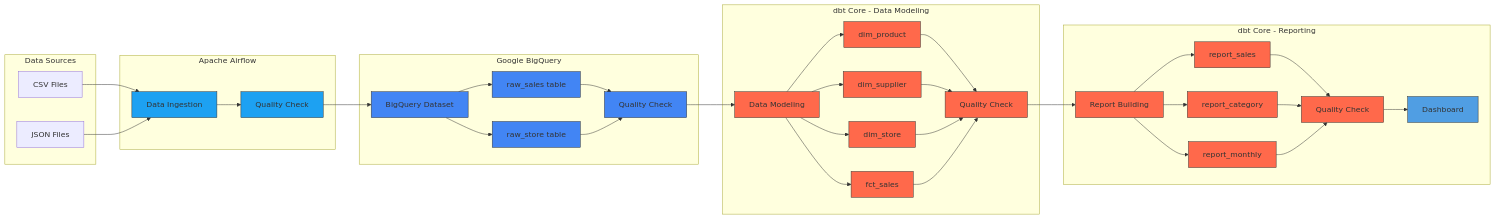
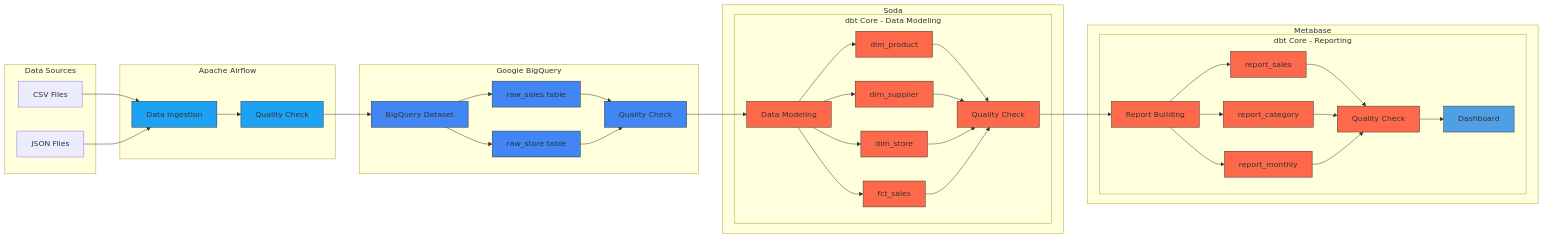
The diagram in README.md (Debyvypth1862/retail_analytics_data_project), drawn with Mermaid before and after one commit.

Commit message:
Adjust README

````diff
--- a/README.md
+++ b/README.md
@@ -9,71 +9,75 @@
 ```mermaid
 flowchart LR
     subgraph "Data Sources"
         CSV["CSV Files"]
         JSON["JSON Files"]
     end
 
     subgraph "Apache Airflow"
         Ingest["Data Ingestion"]
         QC1["Quality Check"]
     end
 
     subgraph "Google BigQuery"
         Dataset["BigQuery Dataset"]
         Raw1["raw_sales table"]
         Raw2["raw_store table"]
         QC2["Quality Check"]
     end
 
-    subgraph "dbt Core - Data Modeling"
-        DimP["dim_product"]
-        DimSu["dim_supplier"]
-        DimSt["dim_store"]
-        Fact["fct_sales"]
-        DataModel["Data Modeling"]
-        QC3["Quality Check"]
+    subgraph "Soda"
+      subgraph "dbt Core - Data Modeling"
+          DimP["dim_product"]
+          DimSu["dim_supplier"]
+          DimSt["dim_store"]
+          Fact["fct_sales"]
+          DataModel["Data Modeling"]
+          QC3["Quality Check"]
+      end
     end
 
-    subgraph "dbt Core - Reporting"
-        RepS["report_sales"]
-        RepC["report_category"]
-        RepM["report_monthly"]
-        ReportBuild["Report Building"]
-        QC4["Quality Check"]
-        Dashboard["Dashboard"]
+    subgraph "Metabase"
+      subgraph "dbt Core - Reporting"
+          RepS["report_sales"]
+          RepC["report_category"]
+          RepM["report_monthly"]
+          ReportBuild["Report Building"]
+          QC4["Quality Check"]
+          Dashboard["Dashboard"]
+      end
     end
 
     CSV --> Ingest
     JSON --> Ingest
     Ingest --> QC1
     QC1 --> Dataset
 
     Dataset --> Raw1
     Dataset --> Raw2
     Raw1 --> QC2
     Raw2 --> QC2
 
     QC2 --> DataModel
     DataModel --> DimP
     DataModel --> DimSu
     DataModel --> DimSt
     DataModel --> Fact
     DimP & DimSu & DimSt & Fact --> QC3
 
     QC3 --> ReportBuild
     ReportBuild --> RepS
     ReportBuild --> RepC
     ReportBuild --> RepM
     RepS & RepC & RepM --> QC4
     QC4 --> Dashboard
 
     classDef airflow fill:#1DA1F2,stroke:#333,stroke-width:1px;
     classDef bigquery fill:#4285F4,stroke:#333,stroke-width:1px;
     classDef dbt fill:#FF694B,stroke:#333,stroke-width:1px;
     classDef metabase fill:#509EE3,stroke:#333,stroke-width:1px;
 
     class Ingest,QC1 airflow;
     class Dataset,Raw1,Raw2,QC2 bigquery;
     class DimP,DimSu,DimSt,Fact,DataModel,QC3,RepS,RepC,RepM,ReportBuild,QC4 dbt;
     class Dashboard metabase;
 ```
````
